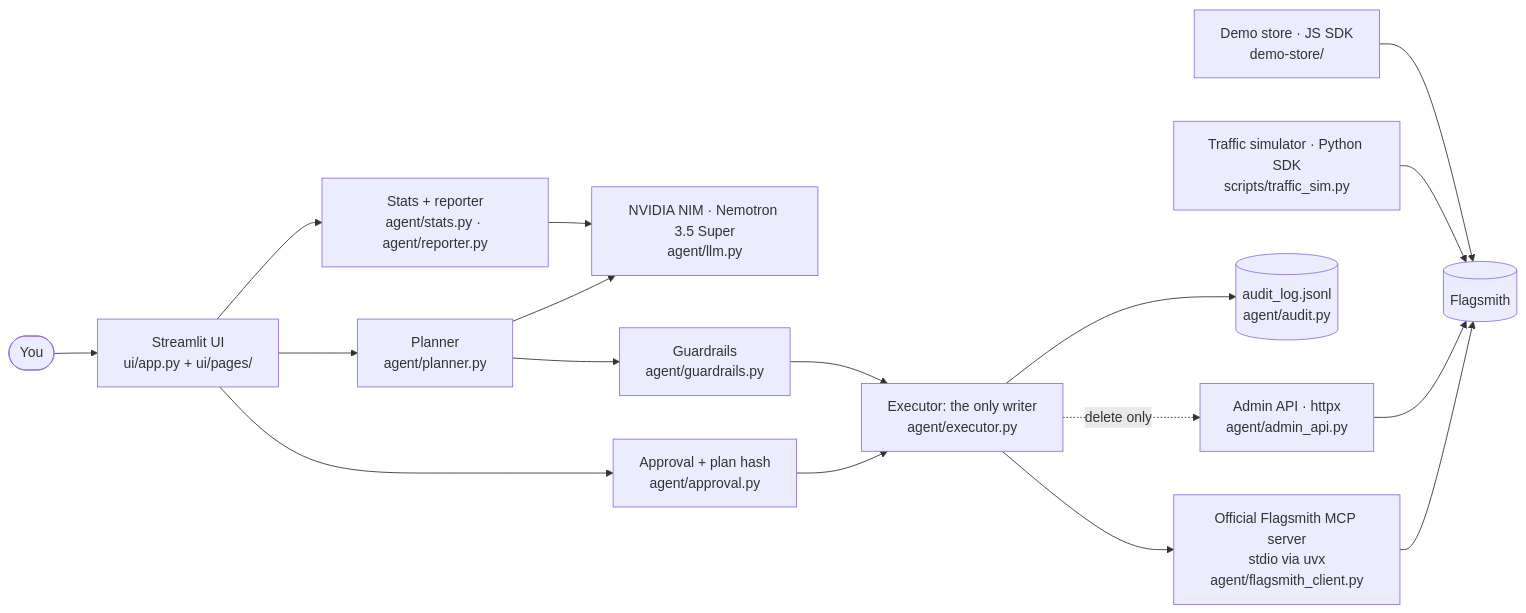
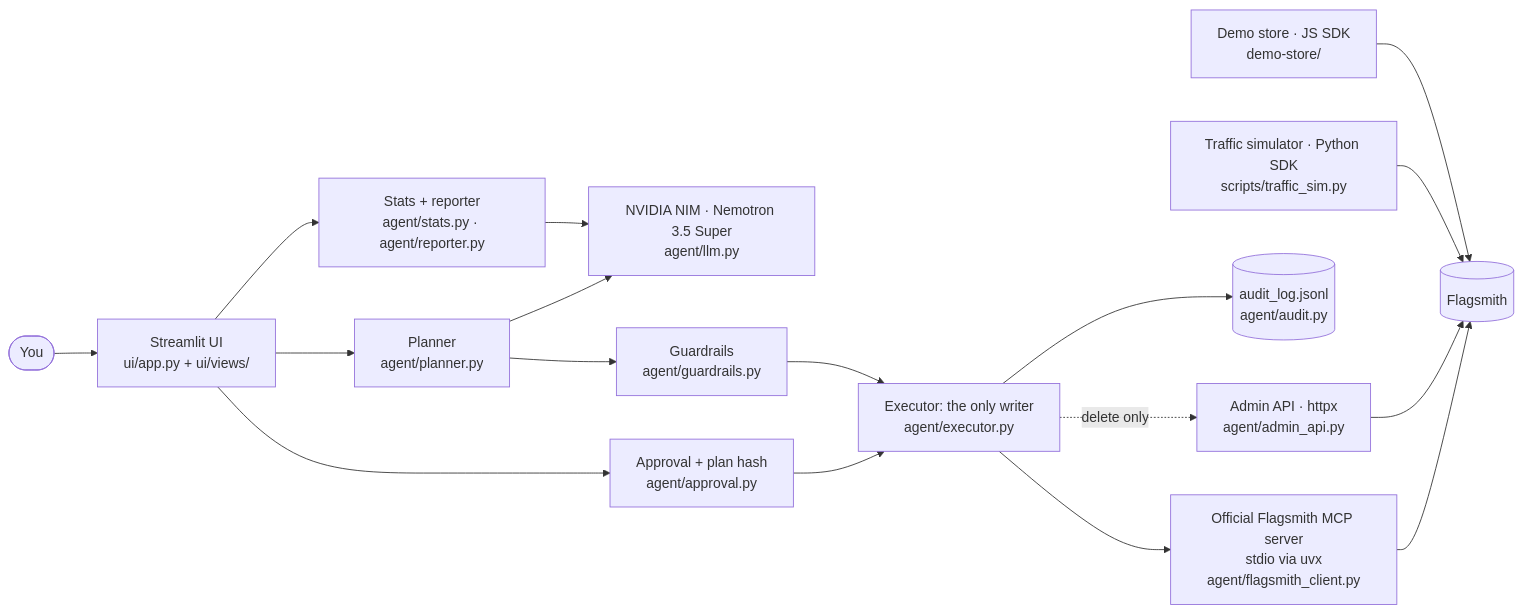
One commit to HarshalChugwani2005/flagpilot changed the diagram in README.md. Above: the diagram before and after it, drawn with Mermaid. The commit also changed 6 other files, not shown here.

Commit message:
fix(ui): rename ui/pages to ui/views so Streamlit always runs app.py's navigation and sidebar

````diff
--- a/README.md
+++ b/README.md
@@ -31,19 +31,19 @@
 ```mermaid
 flowchart LR
-    U([You]) --> UI[Streamlit UI<br/>ui/app.py + ui/pages/]
+    U([You]) --> UI[Streamlit UI<br/>ui/app.py + ui/views/]
     UI --> P[Planner<br/>agent/planner.py]
     P --> LLM[NVIDIA NIM · Nemotron 3.5 Super<br/>agent/llm.py]
     P --> G[Guardrails<br/>agent/guardrails.py]
     UI --> A[Approval + plan hash<br/>agent/approval.py]
     A --> X[Executor: the only writer<br/>agent/executor.py]
     G --> X
     X --> MCP[Official Flagsmith MCP server<br/>stdio via uvx<br/>agent/flagsmith_client.py]
     X -. delete only .-> ADM[Admin API · httpx<br/>agent/admin_api.py]
     MCP --> FS[(Flagsmith)]
     ADM --> FS
     X --> LOG[(audit_log.jsonl<br/>agent/audit.py)]
     SIM[Traffic simulator · Python SDK<br/>scripts/traffic_sim.py] --> FS
     STORE[Demo store · JS SDK<br/>demo-store/] --> FS
     UI --> R[Stats + reporter<br/>agent/stats.py · agent/reporter.py]
     R --> LLM
 ```
````
